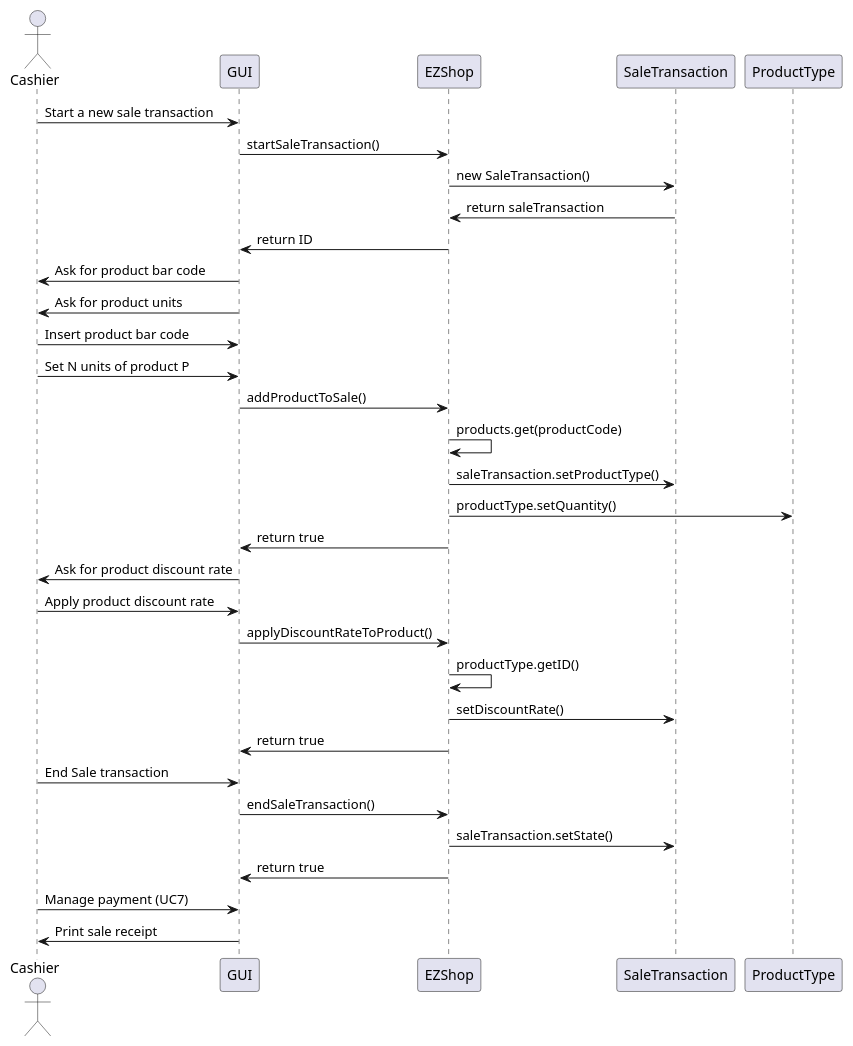
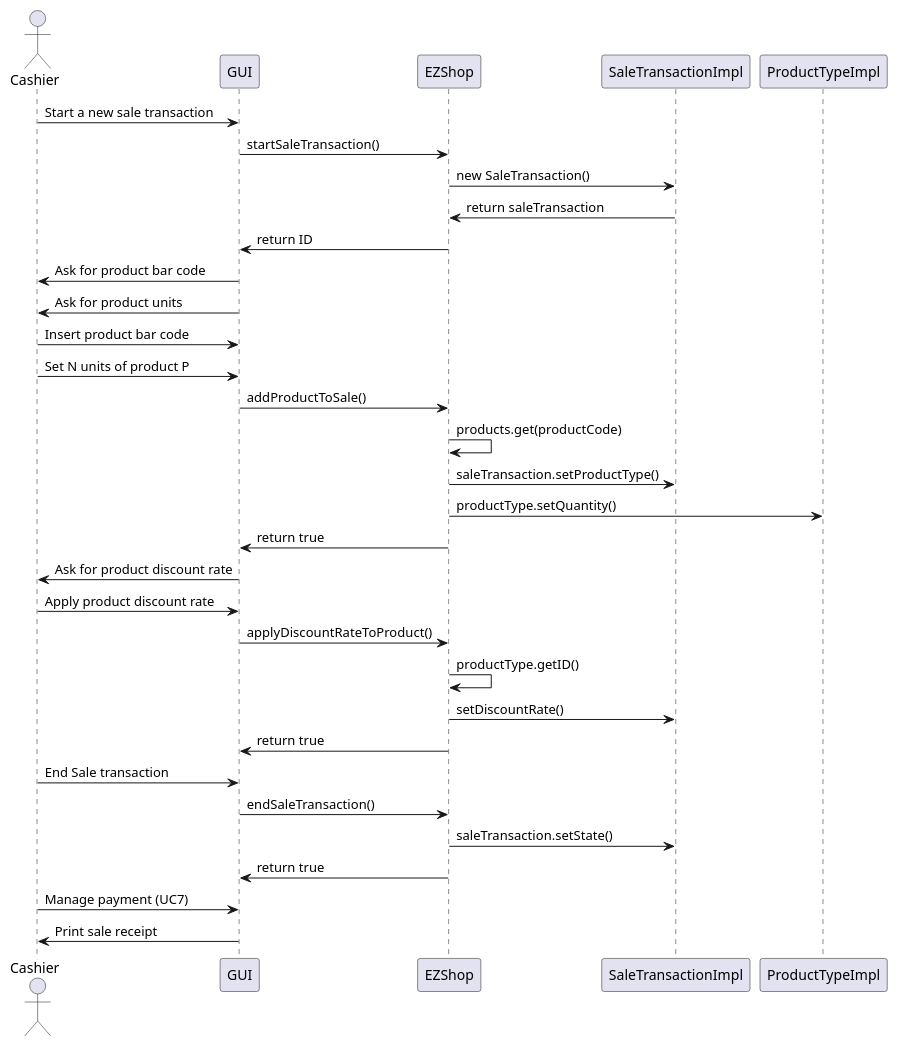
Diagram 13 of 19 in Deliverables/DesignDocument.md (ThePiromaximus/ezshop), drawn with PlantUML before and after one commit. The commit also changed other lines of this file, not shown here.

Commit message:
Updated sequence diagram of Scenario 6.2, Scenario 6.4 and Scenario 10.1 in DesignDocument.md

````diff
--- a/Deliverables/DesignDocument.md
+++ b/Deliverables/DesignDocument.md
@@ -431,31 +431,31 @@
 ```plantuml
 @startuml
 actor Cashier
 Cashier -> GUI: Start a new sale transaction
 GUI  -> EZShop: startSaleTransaction()
-EZShop -> SaleTransaction: new SaleTransaction()
-EZShop <- SaleTransaction: return saleTransaction
+EZShop -> SaleTransactionImpl: new SaleTransaction()
+EZShop <- SaleTransactionImpl: return saleTransaction
 GUI <- EZShop: return ID
 GUI -> Cashier: Ask for product bar code
 GUI -> Cashier: Ask for product units
 Cashier -> GUI: Insert product bar code
 Cashier -> GUI: Set N units of product P
 GUI  -> EZShop: addProductToSale()
 EZShop -> EZShop: products.get(productCode)
-EZShop -> SaleTransaction: saleTransaction.setProductType()
-EZShop -> ProductType : productType.setQuantity()
+EZShop -> SaleTransactionImpl: saleTransaction.setProductType()
+EZShop -> ProductTypeImpl : productType.setQuantity()
 EZShop -> GUI: return true
 GUI -> Cashier : Ask for product discount rate 
 Cashier -> GUI: Apply product discount rate  
 GUI -> EZShop: applyDiscountRateToProduct()
 EZShop -> EZShop : productType.getID()
-EZShop -> SaleTransaction: setDiscountRate()
+EZShop -> SaleTransactionImpl: setDiscountRate()
 EZShop -> GUI: return true
 Cashier -> GUI: End Sale transaction
 GUI  -> EZShop: endSaleTransaction()
-EZShop -> SaleTransaction: saleTransaction.setState()
+EZShop -> SaleTransactionImpl: saleTransaction.setState()
 GUI <- EZShop: return true
 Cashier -> GUI: Manage payment (UC7)
 Cashier <- GUI: Print sale receipt
 @enduml
 ```
````
